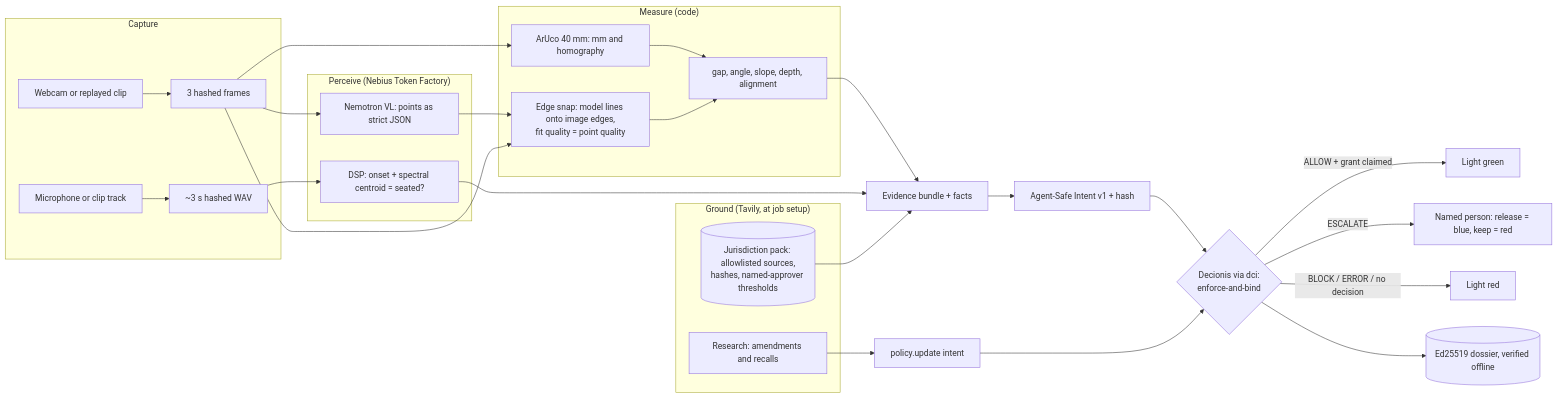
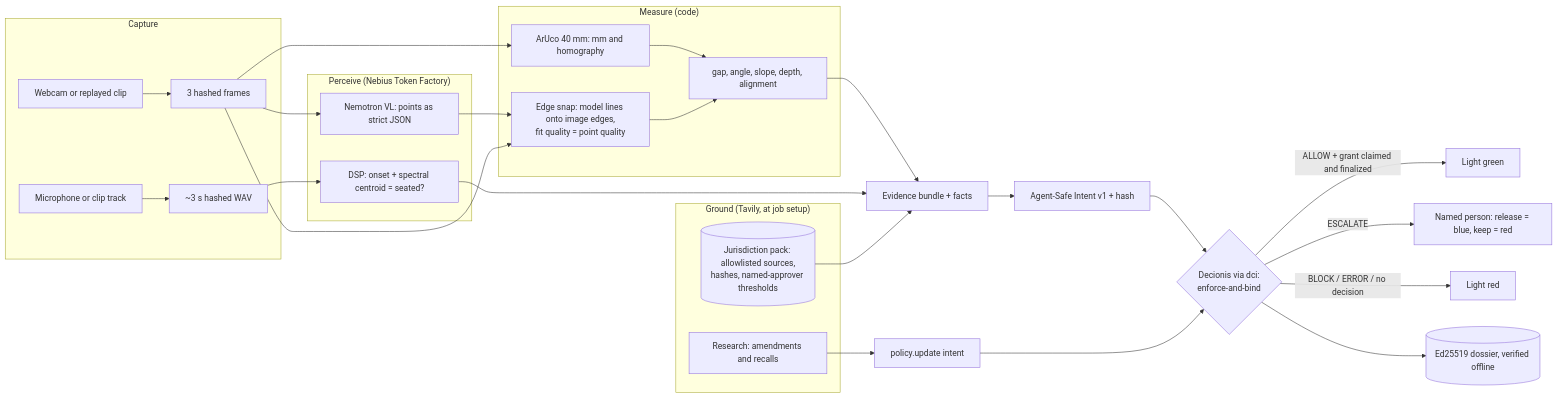
Before and after one commit to ocularminds/sitework: the diagram in README.md, drawn with Mermaid. The commit also changed other lines of this file and 6 other files, not shown here.

````diff
--- a/README.md
+++ b/README.md
@@ -169,35 +169,35 @@
 ```mermaid
 flowchart LR
   subgraph Capture
     cam[Webcam or replayed clip] --> frames[3 hashed frames]
     mic[Microphone or clip track] --> audio[~3 s hashed WAV]
   end
   subgraph Perceive["Perceive (Nebius Token Factory)"]
     vlm[Nemotron VL: points as strict JSON]
     dsp[DSP: onset + spectral centroid = seated?]
   end
   subgraph Measure["Measure (code)"]
     snap[Edge snap: model lines onto image edges,<br/>fit quality = point quality]
     fid[ArUco 40 mm: mm and homography]
     geo[gap, angle, slope, depth, alignment]
   end
   subgraph Ground["Ground (Tavily, at job setup)"]
     pack[(Jurisdiction pack: allowlisted sources,<br/>hashes, named-approver thresholds)]
     watch[Research: amendments and recalls]
   end
   frames --> fid --> geo
   frames --> vlm --> snap --> geo
   frames --> snap
   audio --> dsp
   geo --> ev[Evidence bundle + facts]
   dsp --> ev
   pack --> ev
   ev --> intent[Agent-Safe Intent v1 + hash]
   watch --> upd[policy.update intent]
   intent --> gate{Decionis via dci:<br/>enforce-and-bind}
   upd --> gate
-  gate -->|ALLOW + grant claimed| green[Light green]
+  gate -->|ALLOW + grant claimed and finalized| green[Light green]
   gate -->|ESCALATE| person[Named person: release = blue, keep = red]
   gate -->|BLOCK / ERROR / no decision| red[Light red]
   gate --> dossier[(Ed25519 dossier, verified offline)]
 ```
````
